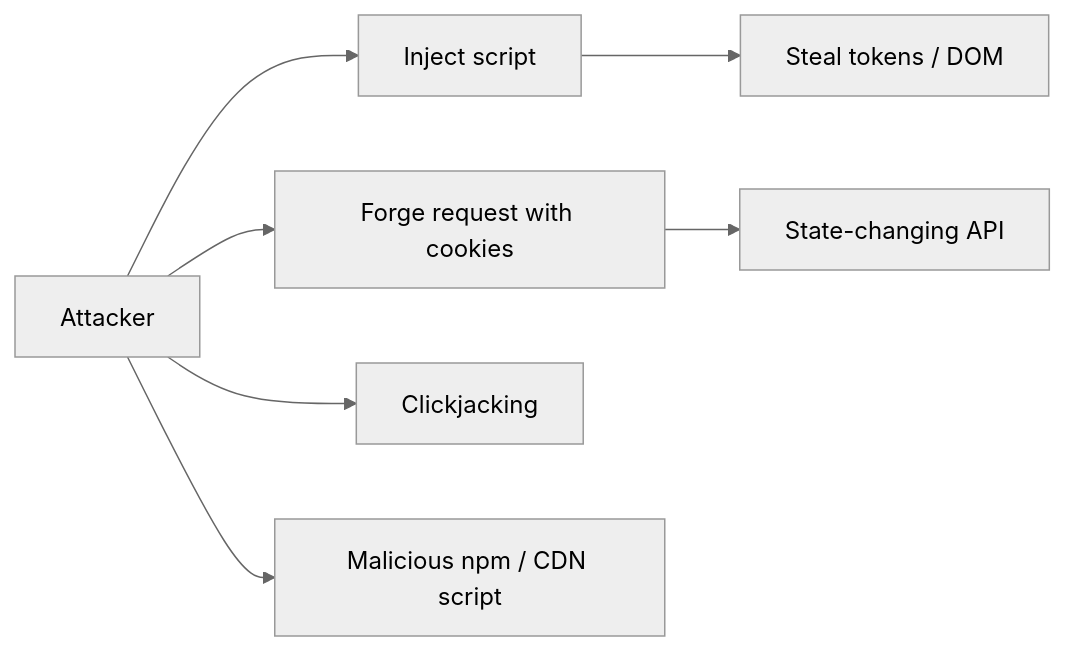
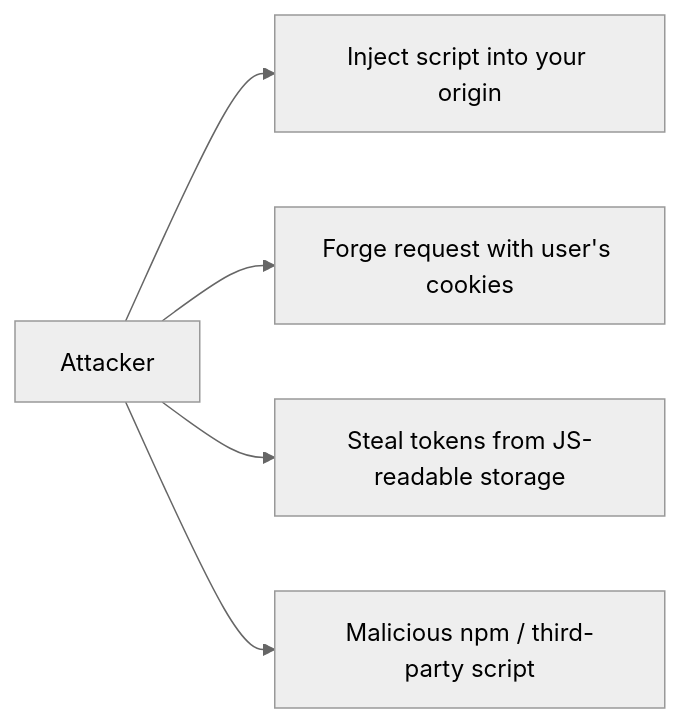
One commit to prajjwaljogdand/FullstackPreparation changed the first of 6 diagrams in docs/javascript/21-security.md. Above: the diagram before and after it, drawn with Mermaid (neutral theme). The commit also changed other lines of this file and 91 other files, not shown here.

````diff
--- a/docs/javascript/21-security.md
+++ b/docs/javascript/21-security.md
@@ -7,9 +17,7 @@
 ```mermaid
 flowchart LR
-  attacker["Attacker"] --> xss["Inject script"]
-  attacker --> csrf["Forge request with cookies"]
-  attacker --> click["Clickjacking"]
-  attacker --> supply["Malicious npm / CDN script"]
-  xss --> data["Steal tokens / DOM"]
-  csrf --> mut["State-changing API"]
+  attacker["Attacker"] --> xss["Inject script into your origin"]
+  attacker --> csrf["Forge request with user's cookies"]
+  attacker --> steal["Steal tokens from JS-readable storage"]
+  attacker --> supply["Malicious npm / third-party script"]
 ```
````
